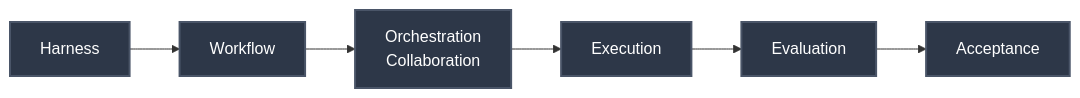
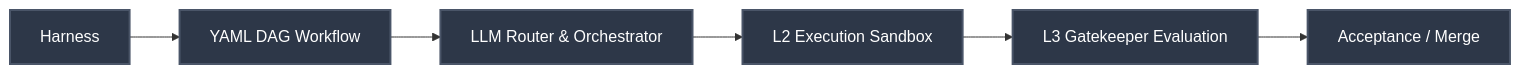
The diagram in README.md (moyage/team-agents-cowork), drawn with Mermaid before and after one commit. The commit also changed other lines of this file and 55 other files, not shown here.

````diff
--- a/README.md
+++ b/README.md
@@ -22,11 +42,11 @@
 ```mermaid
 graph LR
-    A[Harness] --> B[Workflow]
-    B --> C[Orchestration<br/>Collaboration]
-    C --> D[Execution]
-    D --> E[Evaluation]
-    E --> F[Acceptance]
+    A[Harness] --> B[YAML DAG Workflow]
+    B --> C[LLM Router & Orchestrator]
+    C --> D[L2 Execution Sandbox]
+    D --> E[L3 Gatekeeper Evaluation]
+    E --> F[Acceptance / Merge]
 
     classDef stage fill:#2D3748,stroke:#4A5568,stroke-width:2px,color:#fff;
     class A,B,C,D,E,F stage;
 ```
````
